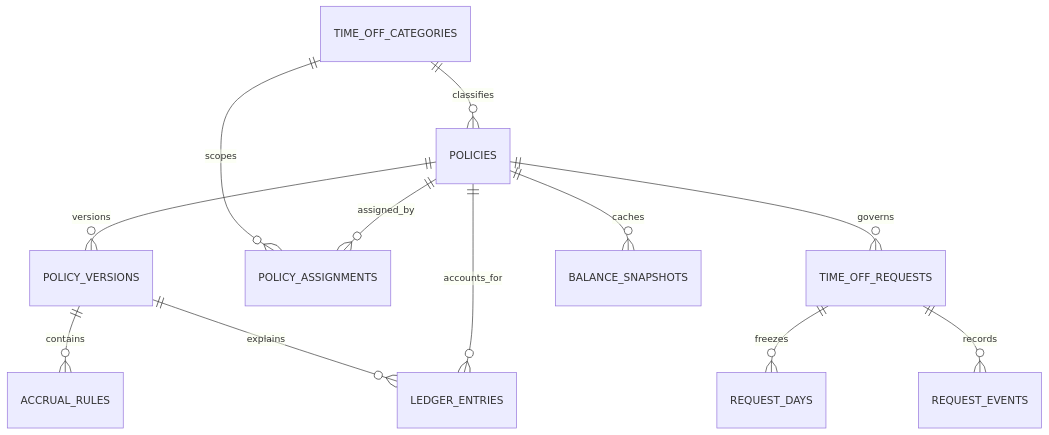
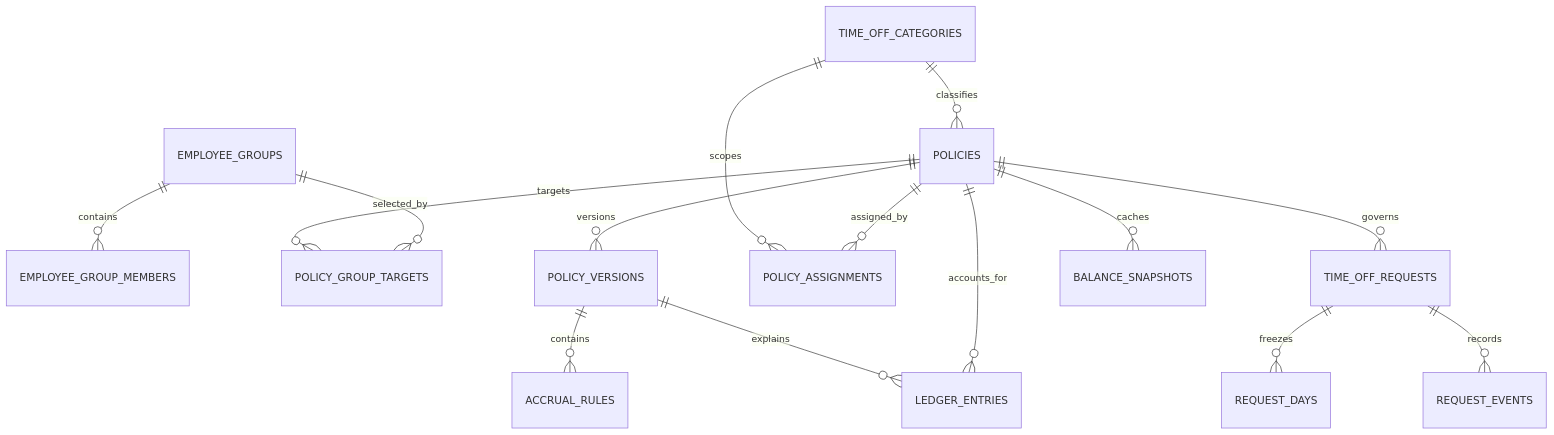
The first of 2 diagrams in backend/app/models.md (advaith334/warp-time-off-tracking), drawn with Mermaid before and after one commit. The commit also changed other lines of this file and 26 other files, not shown here.

Commit message:
Add flexible policy groups and calendar UX

````diff
--- a/backend/app/models.md
+++ b/backend/app/models.md
@@ -7,14 +7,17 @@
 ```mermaid
 erDiagram
     TIME_OFF_CATEGORIES ||--o{ POLICIES : classifies
+    EMPLOYEE_GROUPS ||--o{ EMPLOYEE_GROUP_MEMBERS : contains
+    EMPLOYEE_GROUPS ||--o{ POLICY_GROUP_TARGETS : selected_by
+    POLICIES ||--o{ POLICY_GROUP_TARGETS : targets
     POLICIES ||--o{ POLICY_VERSIONS : versions
     POLICY_VERSIONS ||--o{ ACCRUAL_RULES : contains
     POLICIES ||--o{ POLICY_ASSIGNMENTS : assigned_by
     TIME_OFF_CATEGORIES ||--o{ POLICY_ASSIGNMENTS : scopes
     POLICIES ||--o{ LEDGER_ENTRIES : accounts_for
     POLICY_VERSIONS ||--o{ LEDGER_ENTRIES : explains
     TIME_OFF_REQUESTS ||--o{ REQUEST_DAYS : freezes
     TIME_OFF_REQUESTS ||--o{ REQUEST_EVENTS : records
     POLICIES ||--o{ TIME_OFF_REQUESTS : governs
     POLICIES ||--o{ BALANCE_SNAPSHOTS : caches
 ```
````
